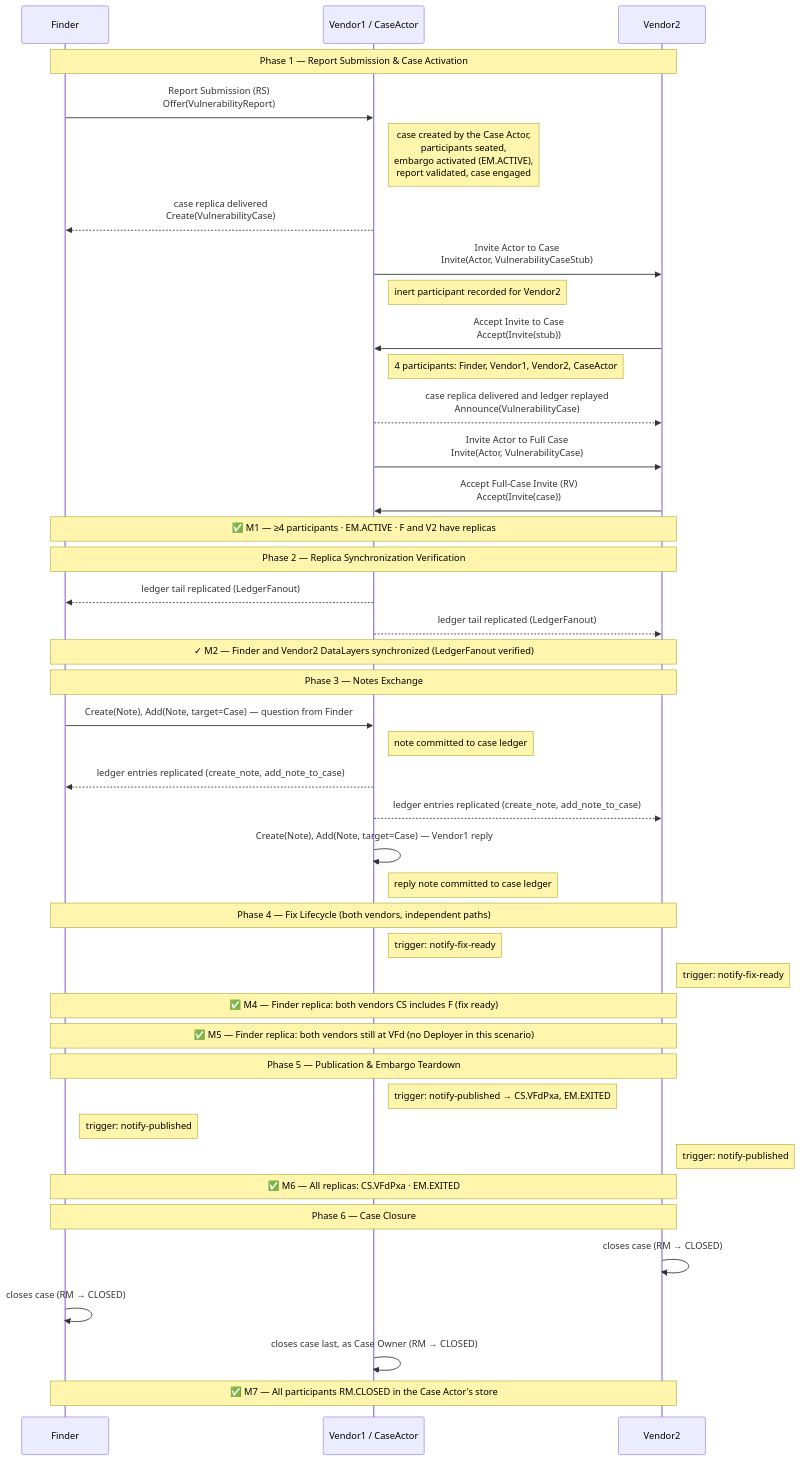
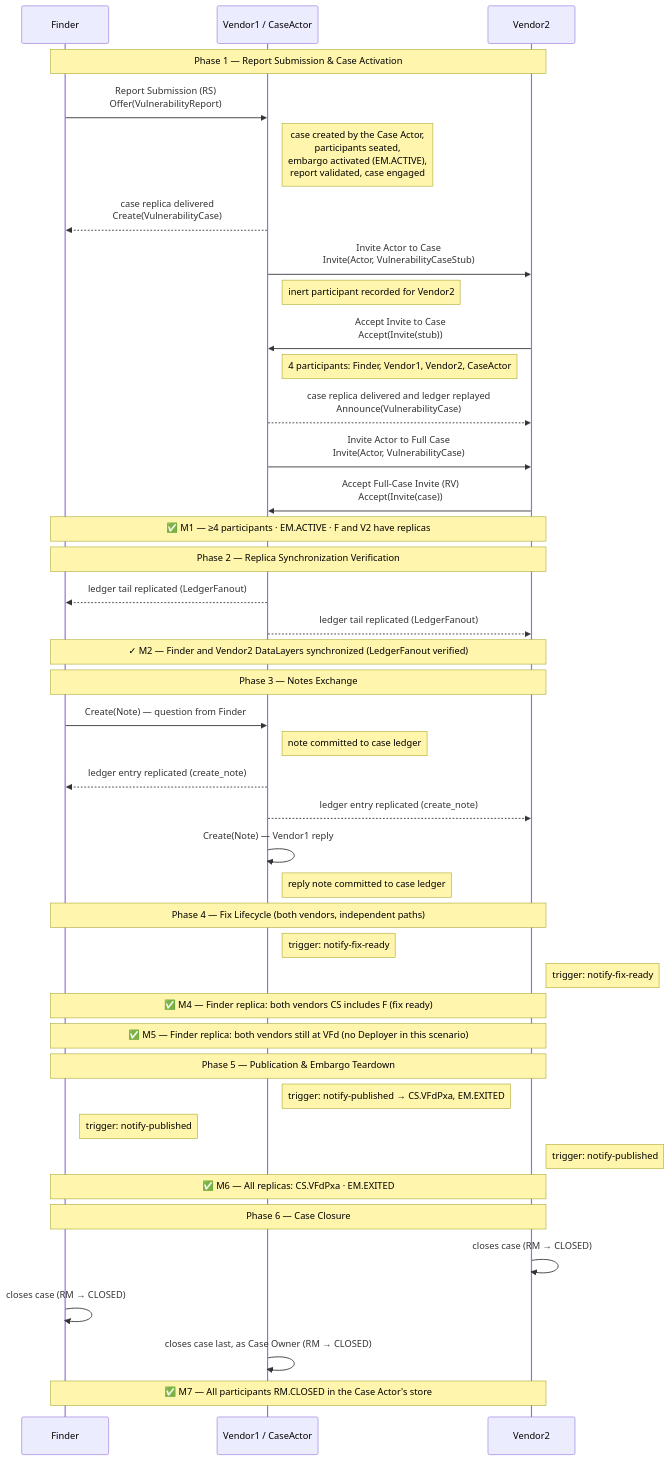
One commit to CERTCC/Vultron changed the diagram in docs/howto/demos/fvv-demo.md. Above: the diagram before and after it, drawn with Mermaid. The commit also changed other lines of this file and 61 other files, not shown here.

First line of the commit message:
feat(note): add-note trigger sends one Create(Note) with the case as context

````diff
--- a/docs/howto/demos/fvv-demo.md
+++ b/docs/howto/demos/fvv-demo.md
@@ -76,57 +76,57 @@
 ```mermaid
 sequenceDiagram
     participant F as Finder
     participant V1 as Vendor1 / CaseActor
     participant V2 as Vendor2
 
     note over F,V2: Phase 1 — Report Submission & Case Activation
 
     F->>V1: Report Submission (RS)<br/>Offer(VulnerabilityReport)
     note right of V1: case created by the Case Actor,<br/>participants seated,<br/>embargo activated (EM.ACTIVE),<br/>report validated, case engaged
     V1-->>F: case replica delivered<br/>Create(VulnerabilityCase)
     V1->>V2: Invite Actor to Case<br/>Invite(Actor, VulnerabilityCaseStub)
     note right of V1: inert participant recorded for Vendor2
     V2->>V1: Accept Invite to Case<br/>Accept(Invite(stub))
     note right of V1: 4 participants: Finder, Vendor1, Vendor2, CaseActor
     V1-->>V2: case replica delivered and ledger replayed<br/>Announce(VulnerabilityCase)
     V1->>V2: Invite Actor to Full Case<br/>Invite(Actor, VulnerabilityCase)
     V2->>V1: Accept Full-Case Invite (RV)<br/>Accept(Invite(case))
 
     note over F,V2: ✅ M1 — ≥4 participants · EM.ACTIVE · F and V2 have replicas
 
     note over F,V2: Phase 2 — Replica Synchronization Verification
 
     V1-->>F: ledger tail replicated (LedgerFanout)
     V1-->>V2: ledger tail replicated (LedgerFanout)
     note over F,V2: ✓ M2 — Finder and Vendor2 DataLayers synchronized (LedgerFanout verified)
 
     note over F,V2: Phase 3 — Notes Exchange
 
-    F->>V1: Create(Note), Add(Note, target=Case) — question from Finder
+    F->>V1: Create(Note) — question from Finder
     note right of V1: note committed to case ledger
-    V1-->>F: ledger entries replicated (create_note, add_note_to_case)
-    V1-->>V2: ledger entries replicated (create_note, add_note_to_case)
-    V1->>V1: Create(Note), Add(Note, target=Case) — Vendor1 reply
+    V1-->>F: ledger entry replicated (create_note)
+    V1-->>V2: ledger entry replicated (create_note)
+    V1->>V1: Create(Note) — Vendor1 reply
     note right of V1: reply note committed to case ledger
 
     note over F,V2: Phase 4 — Fix Lifecycle (both vendors, independent paths)
 
     note right of V1: trigger: notify-fix-ready
     note right of V2: trigger: notify-fix-ready
     note over F,V2: ✅ M4 — Finder replica: both vendors CS includes F (fix ready)
     note over F,V2: ✅ M5 — Finder replica: both vendors still at VFd (no Deployer in this scenario)
 
     note over F,V2: Phase 5 — Publication & Embargo Teardown
 
     note right of V1: trigger: notify-published → CS.VFdPxa, EM.EXITED
     note right of F: trigger: notify-published
     note right of V2: trigger: notify-published
     note over F,V2: ✅ M6 — All replicas: CS.VFdPxa · EM.EXITED
 
     note over F,V2: Phase 6 — Case Closure
 
     V2->>V2: closes case (RM → CLOSED)
     F->>F: closes case (RM → CLOSED)
     V1->>V1: closes case last, as Case Owner (RM → CLOSED)
     note over F,V2: ✅ M7 — All participants RM.CLOSED in the Case Actor's store
 ```
````
